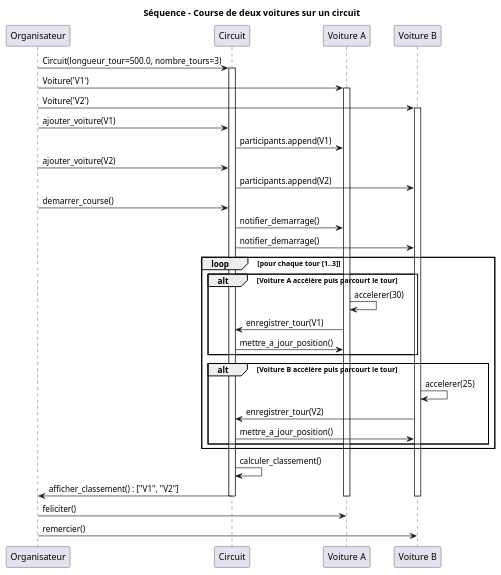
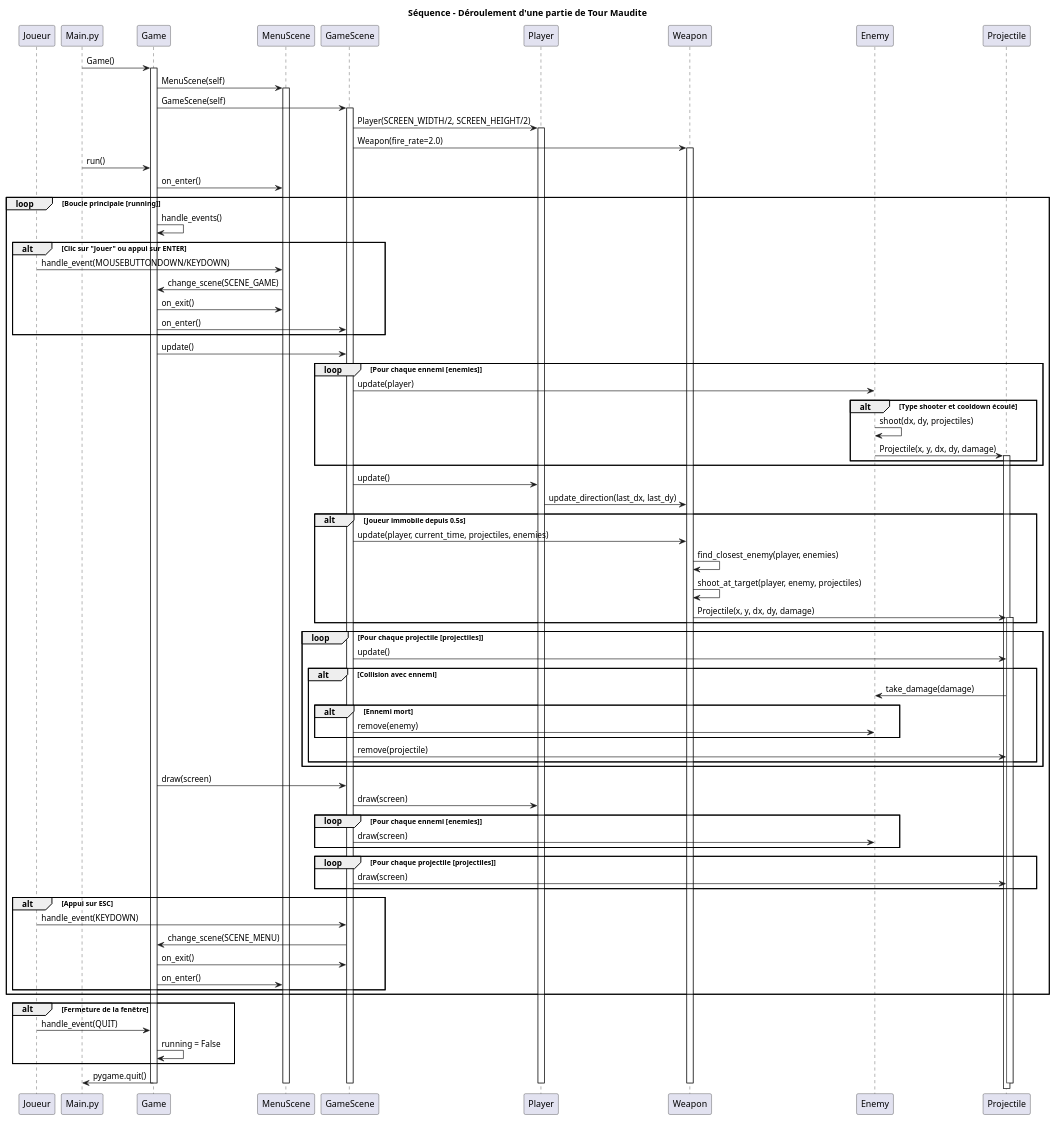
The diagram in exemples/exemple_sequences_uml.plantuml (AzEnTa1/Archero), drawn with PlantUML before and after one commit.

```diff
--- a/exemples/exemple_sequences_uml.plantuml
+++ b/exemples/exemple_sequences_uml.plantuml
@@ -1,49 +1,102 @@
 @startuml SequenceDiagram
-' Diagramme de séquence : une course de deux voitures
+' Diagramme de séquence : Déroulement d'une partie
 
-title Séquence - Course de deux voitures sur un circuit
+title Séquence - Déroulement d'une partie de Tour Maudite
 
-participant "Organisateur" as Org
-participant "Circuit" as C
-participant "Voiture A" as V1
-participant "Voiture B" as V2
+participant "Joueur" as J
+participant "Main.py" as Main
+participant "Game" as G
+participant "MenuScene" as MS
+participant "GameScene" as GS
+participant "Player" as P
+participant "Weapon" as W
+participant "Enemy" as E
+participant "Projectile" as Proj
 
-Org -> C : Circuit(longueur_tour=500.0, nombre_tours=3)
-activate C
-Org -> V1 : Voiture('V1')
-activate V1
-Org -> V2 : Voiture('V2')
-activate V2
+Main -> G : Game()
+activate G
+G -> MS : MenuScene(self)
+activate MS
+G -> GS : GameScene(self)
+activate GS
+GS -> P : Player(SCREEN_WIDTH/2, SCREEN_HEIGHT/2)
+activate P
+GS -> W : Weapon(fire_rate=2.0)
+activate W
 
-Org -> C : ajouter_voiture(V1)
-C -> V1 : participants.append(V1)
-Org -> C : ajouter_voiture(V2)
-C -> V2 : participants.append(V2)
+Main -> G : run()
+G -> MS : on_enter()
 
-Org -> C : demarrer_course()
-C -> V1 : notifier_demarrage()
-C -> V2 : notifier_demarrage()
-
-loop pour chaque tour [1..3]
-    alt Voiture A accélère puis parcourt le tour
-        V1 -> V1 : accelerer(30)
-        V1 -> C : enregistrer_tour(V1)
-        C -> V1 : mettre_a_jour_position()
+loop Boucle principale [running]
+    G -> G : handle_events()
+    
+    alt Clic sur "Jouer" ou appui sur ENTER
+        J -> MS : handle_event(MOUSEBUTTONDOWN/KEYDOWN)
+        MS -> G : change_scene(SCENE_GAME)
+        G -> MS : on_exit()
+        G -> GS : on_enter()
     end
-
-    alt Voiture B accélère puis parcourt le tour
-        V2 -> V2 : accelerer(25)
-        V2 -> C : enregistrer_tour(V2)
-        C -> V2 : mettre_a_jour_position()
+    
+    G -> GS : update()
+    
+    loop Pour chaque ennemi [enemies]
+        GS -> E : update(player)
+        alt Type shooter et cooldown écoulé
+            E -> E : shoot(dx, dy, projectiles)
+            E -> Proj : Projectile(x, y, dx, dy, damage)
+            activate Proj
+        end
+    end
+    
+    GS -> P : update()
+    P -> W : update_direction(last_dx, last_dy)
+    
+    alt Joueur immobile depuis 0.5s
+        GS -> W : update(player, current_time, projectiles, enemies)
+        W -> W : find_closest_enemy(player, enemies)
+        W -> W : shoot_at_target(player, enemy, projectiles)
+        W -> Proj : Projectile(x, y, dx, dy, damage)
+        activate Proj
+    end
+    
+    loop Pour chaque projectile [projectiles]
+        GS -> Proj : update()
+        alt Collision avec ennemi
+            Proj -> E : take_damage(damage)
+            alt Ennemi mort
+                GS -> E : remove(enemy)
+            end
+            GS -> Proj : remove(projectile)
+        end
+    end
+    
+    G -> GS : draw(screen)
+    GS -> P : draw(screen)
+    loop Pour chaque ennemi [enemies]
+        GS -> E : draw(screen)
+    end
+    loop Pour chaque projectile [projectiles]
+        GS -> Proj : draw(screen)
+    end
+    
+    alt Appui sur ESC
+        J -> GS : handle_event(KEYDOWN)
+        GS -> G : change_scene(SCENE_MENU)
+        G -> GS : on_exit()
+        G -> MS : on_enter()
     end
 end
 
-C -> C : calculer_classement()
-C -> Org : afficher_classement() : ["V1", "V2"]
-deactivate V2
-deactivate V1
-deactivate C
+alt Fermeture de la fenêtre
+    J -> G : handle_event(QUIT)
+    G -> G : running = False
+end
 
-Org -> V1 : feliciter()
-Org -> V2 : remercier()
+G -> Main : pygame.quit()
+deactivate Proj
+deactivate W
+deactivate P
+deactivate GS
+deactivate MS
+deactivate G
 @enduml
```
